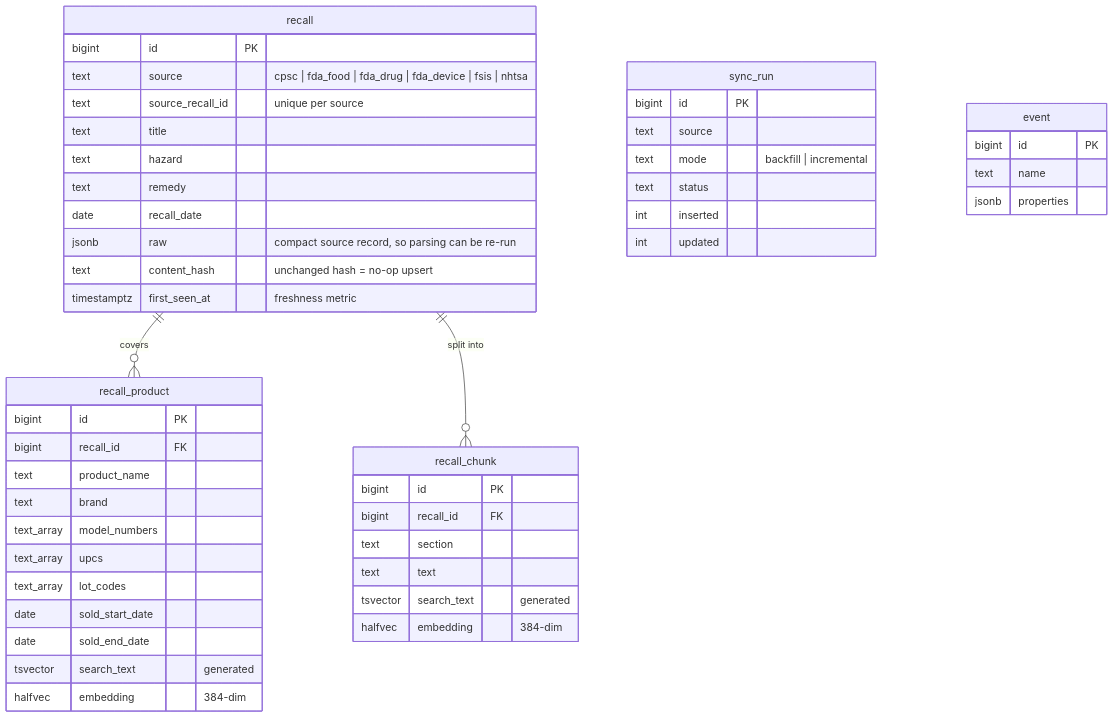
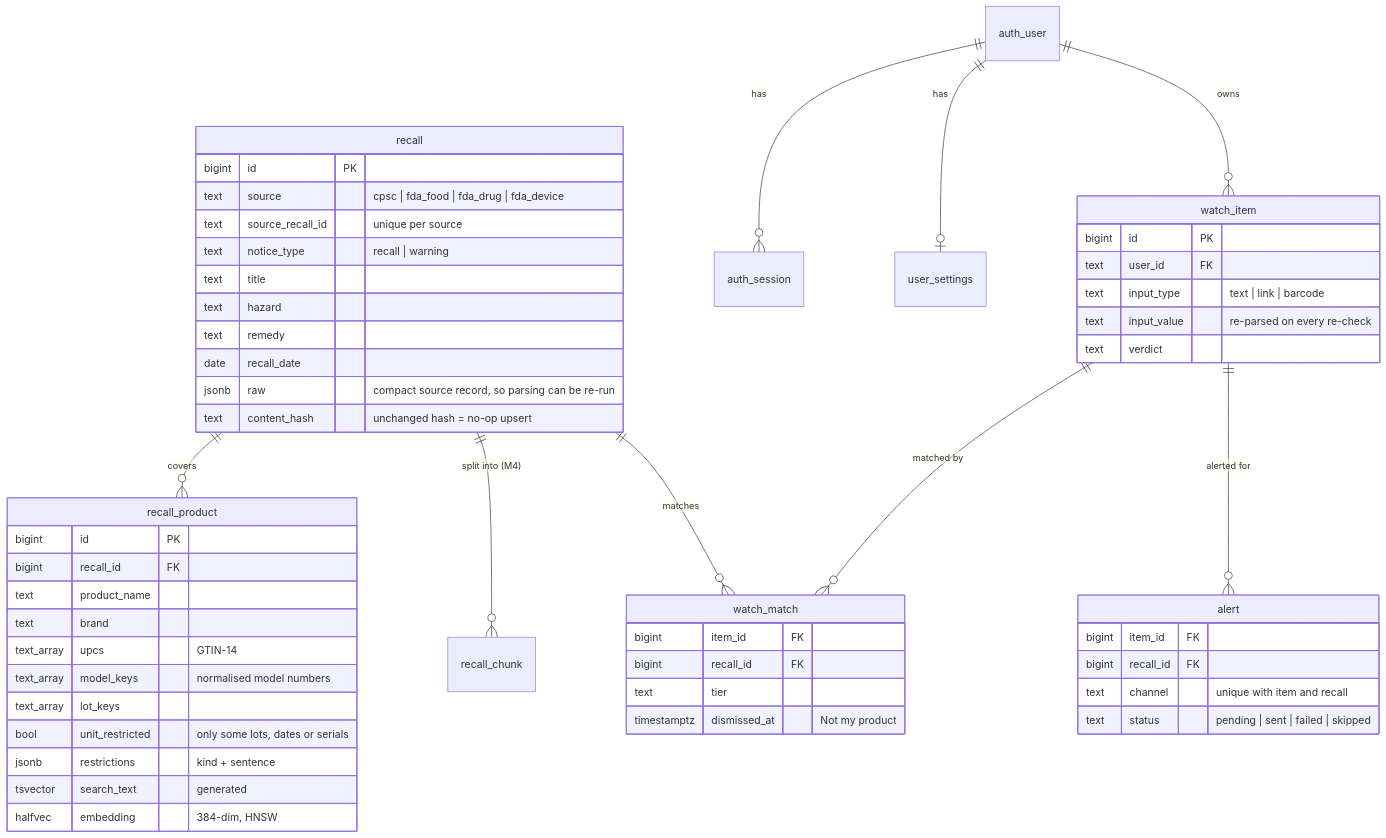
Before and after one commit to Hrishikesh-Codes/recallradar: the second of 2 diagrams in docs/ARCHITECTURE.md, drawn with Mermaid. The commit also changed other lines of this file and 67 other files, not shown here.

````diff
--- a/docs/ARCHITECTURE.md
+++ b/docs/ARCHITECTURE.md
@@ -70,51 +79,55 @@
 ```mermaid
 erDiagram
   recall ||--o{ recall_product : covers
-  recall ||--o{ recall_chunk : "split into"
+  recall ||--o{ recall_chunk : "split into (M4)"
+  auth_user ||--o{ auth_session : has
+  auth_user ||--o| user_settings : has
+  auth_user ||--o{ watch_item : owns
+  watch_item ||--o{ watch_match : "matched by"
+  recall ||--o{ watch_match : matches
+  watch_item ||--o{ alert : "alerted for"
   recall {
     bigint id PK
-    text source "cpsc | fda_food | fda_drug | fda_device | fsis | nhtsa"
+    text source "cpsc | fda_food | fda_drug | fda_device"
     text source_recall_id "unique per source"
+    text notice_type "recall | warning"
     text title
     text hazard
     text remedy
     date recall_date
     jsonb raw "compact source record, so parsing can be re-run"
     text content_hash "unchanged hash = no-op upsert"
-    timestamptz first_seen_at "freshness metric"
   }
   recall_product {
     bigint id PK
     bigint recall_id FK
     text product_name
     text brand
-    text_array model_numbers
-    text_array upcs
-    text_array lot_codes
-    date sold_start_date
-    date sold_end_date
+    text_array upcs "GTIN-14"
+    text_array model_keys "normalised model numbers"
+    text_array lot_keys
+    bool unit_restricted "only some lots, dates or serials"
+    jsonb restrictions "kind + sentence"
     tsvector search_text "generated"
-    halfvec embedding "384-dim"
+    halfvec embedding "384-dim, HNSW"
   }
-  recall_chunk {
+  watch_item {
     bigint id PK
+    text user_id FK
+    text input_type "text | link | barcode"
+    text input_value "re-parsed on every re-check"
+    text verdict
+  }
+  watch_match {
+    bigint item_id FK
     bigint recall_id FK
-    text section
-    text text
-    tsvector search_text "generated"
-    halfvec embedding "384-dim"
+    text tier
+    timestamptz dismissed_at "Not my product"
   }
-  sync_run {
-    bigint id PK
-    text source
-    text mode "backfill | incremental"
-    text status
-    int inserted
-    int updated
-  }
-  event {
-    bigint id PK
-    text name
-    jsonb properties
+  alert {
+    bigint item_id FK
+    bigint recall_id FK
+    text channel "unique with item and recall"
+    text status "pending | sent | failed | skipped"
   }
 ```
````
